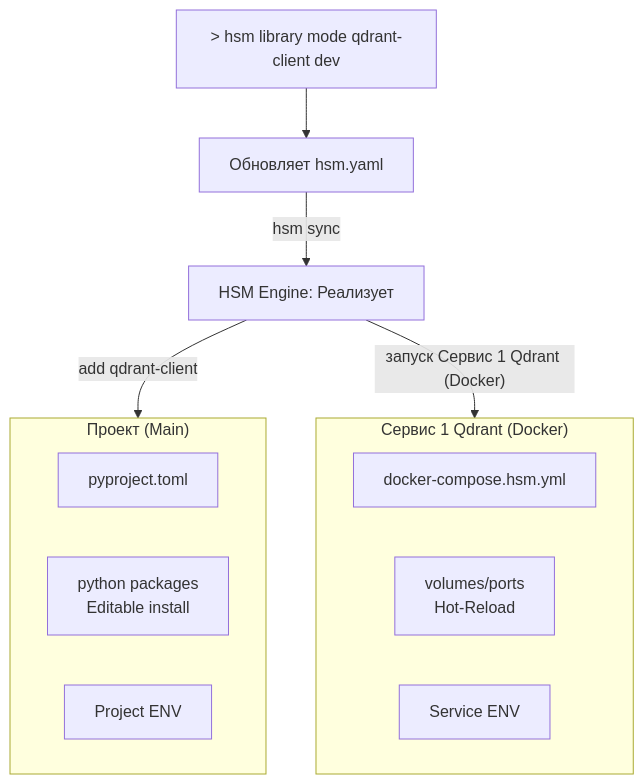
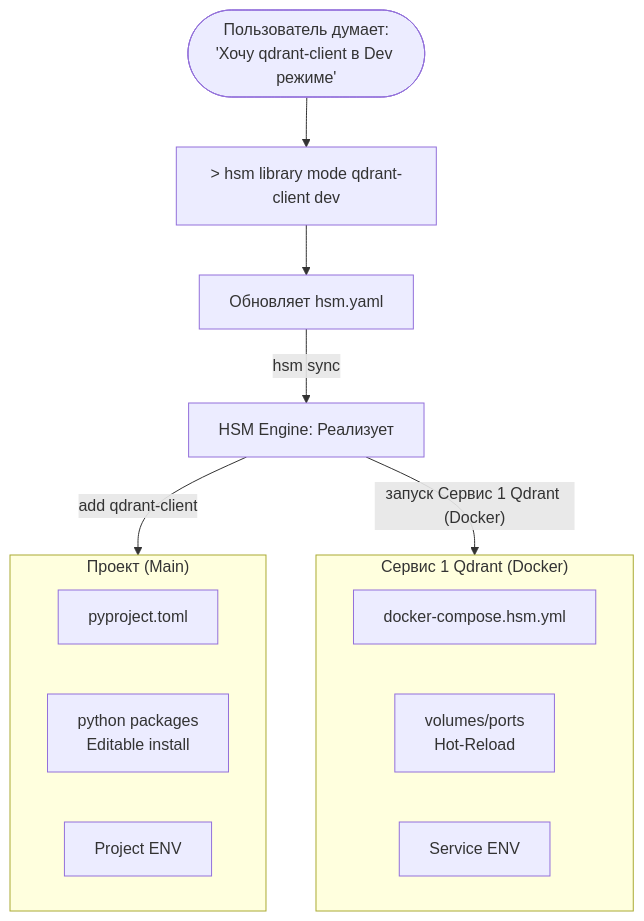
Before and after one commit to VLMHyperBenchTeam/hsm: the third of 4 diagrams in tasks_descriptions/plans/main_page_final_draft.md, drawn with Mermaid. The commit also changed other lines of this file and 6 other files, not shown here.

````diff
--- a/tasks_descriptions/plans/main_page_final_draft.md
+++ b/tasks_descriptions/plans/main_page_final_draft.md
@@ -119,20 +134,21 @@
 ```mermaid
 graph TD
+    UserThinking(["Пользователь думает:<br/>'Хочу qdrant-client в Dev режиме'"]) --> CLI
     CLI[> hsm library mode qdrant-client dev] --> HSM_YAML[Обновляет hsm.yaml]
     HSM_YAML -- "hsm sync" --> HSM_Engine[HSM Engine: Реализует]
     
     HSM_Engine -- "add qdrant-client" --> Project
     HSM_Engine -- "запуск Сервис 1 Qdrant (Docker)" --> S1
 
     subgraph Project ["Проект (Main)"]
         P2[pyproject.toml]
         PK2[python packages<br/>Editable install]
         E2[Project ENV]
     end
 
     subgraph S1 ["Сервис 1 Qdrant (Docker)"]
         D2[docker-compose.hsm.yml]
         V3[volumes/ports<br/>Hot-Reload]
         E3[Service ENV]
     end
 ```
````
